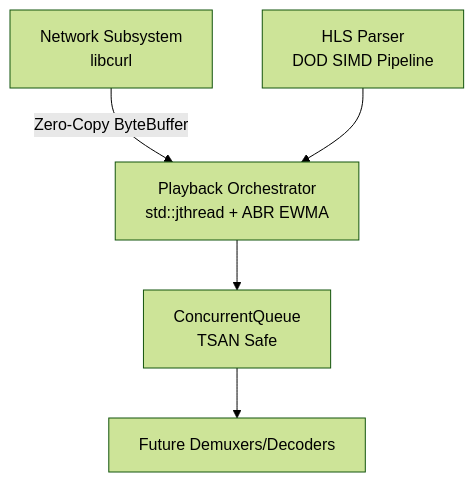
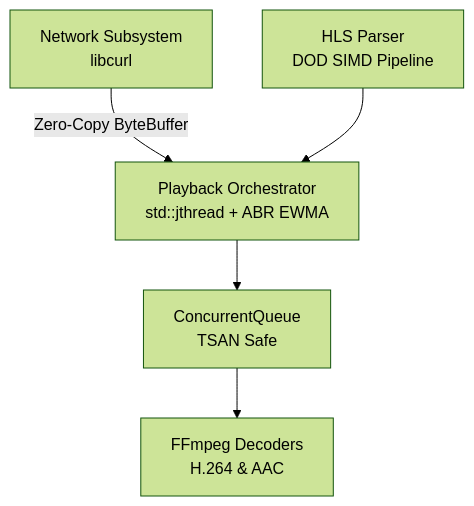
The diagram in README.md (DjSurgeon/VSMN-Player), drawn with Mermaid (forest theme) before and after one commit. The commit also changed other lines of this file and 1 other file, not shown here.

Commit message:
docs: update README and API references to reflect Phase 5 FFmpeg integration

````diff
--- a/README.md
+++ b/README.md
@@ -38,7 +38,7 @@
 ```mermaid
 graph TD;
     Network[Network Subsystem <br> libcurl] -->|Zero-Copy ByteBuffer| Orchestrator
     Parser[HLS Parser <br> DOD SIMD Pipeline] --> Orchestrator
     Orchestrator[Playback Orchestrator <br> std::jthread + ABR EWMA] --> Queue[ConcurrentQueue <br> TSAN Safe]
-    Queue --> Decoders[Future Demuxers/Decoders]
+    Queue --> Decoders[FFmpeg Decoders <br> H.264 & AAC]
 ```
````
